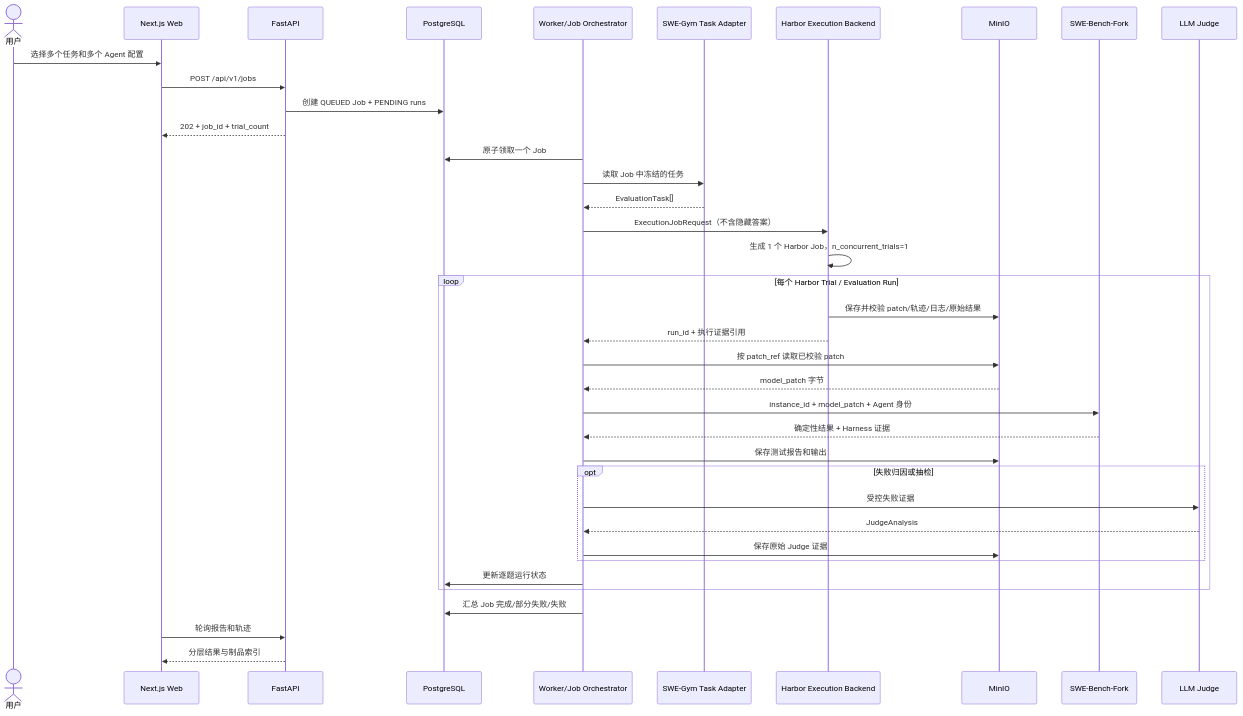
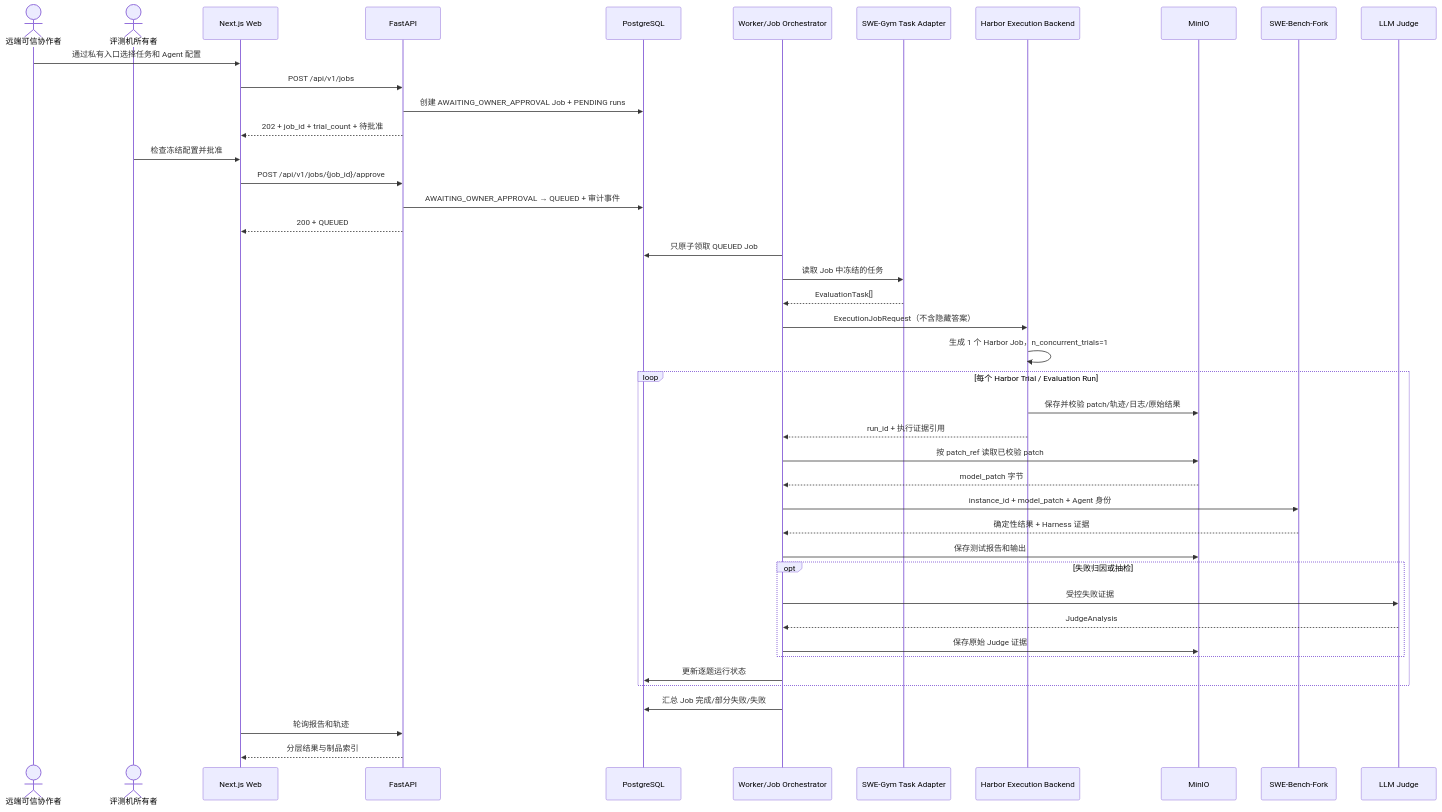
The second of 2 diagrams in docs/architecture/ARCHITECTURE.md (anphuchoang5-sys/agent-exam), drawn with Mermaid before and after one commit. The commit also changed other lines of this file and 7 other files, not shown here.

Commit message:
docs: add owner-approved remote evaluation flow

````diff
--- a/docs/architecture/ARCHITECTURE.md
+++ b/docs/architecture/ARCHITECTURE.md
@@ -120,41 +128,46 @@
 ```mermaid
 sequenceDiagram
-    actor U as 用户
+    actor C as 远端可信协作者
+    actor O as 评测机所有者
     participant W as Next.js Web
     participant A as FastAPI
     participant D as PostgreSQL
     participant K as Worker/Job Orchestrator
     participant T as SWE-Gym Task Adapter
     participant H as Harbor Execution Backend
     participant S as MinIO
     participant E as SWE-Bench-Fork
     participant J as LLM Judge
 
-    U->>W: 选择多个任务和多个 Agent 配置
+    C->>W: 通过私有入口选择任务和 Agent 配置
     W->>A: POST /api/v1/jobs
-    A->>D: 创建 QUEUED Job + PENDING runs
-    A-->>W: 202 + job_id + trial_count
-    K->>D: 原子领取一个 Job
+    A->>D: 创建 AWAITING_OWNER_APPROVAL Job + PENDING runs
+    A-->>W: 202 + job_id + trial_count + 待批准
+    O->>W: 检查冻结配置并批准
+    W->>A: POST /api/v1/jobs/{job_id}/approve
+    A->>D: AWAITING_OWNER_APPROVAL → QUEUED + 审计事件
+    A-->>W: 200 + QUEUED
+    K->>D: 只原子领取 QUEUED Job
     K->>T: 读取 Job 中冻结的任务
     T-->>K: EvaluationTask[]
     K->>H: ExecutionJobRequest（不含隐藏答案）
     H->>H: 生成 1 个 Harbor Job，n_concurrent_trials=1
     loop 每个 Harbor Trial / Evaluation Run
         H->>S: 保存并校验 patch/轨迹/日志/原始结果
         H-->>K: run_id + 执行证据引用
         K->>S: 按 patch_ref 读取已校验 patch
         S-->>K: model_patch 字节
         K->>E: instance_id + model_patch + Agent 身份
         E-->>K: 确定性结果 + Harness 证据
         K->>S: 保存测试报告和输出
         opt 失败归因或抽检
             K->>J: 受控失败证据
             J-->>K: JudgeAnalysis
             K->>S: 保存原始 Judge 证据
         end
         K->>D: 更新逐题运行状态
     end
     K->>D: 汇总 Job 完成/部分失败/失败
     W->>A: 轮询报告和轨迹
     A-->>W: 分层结果与制品索引
 ```
````
